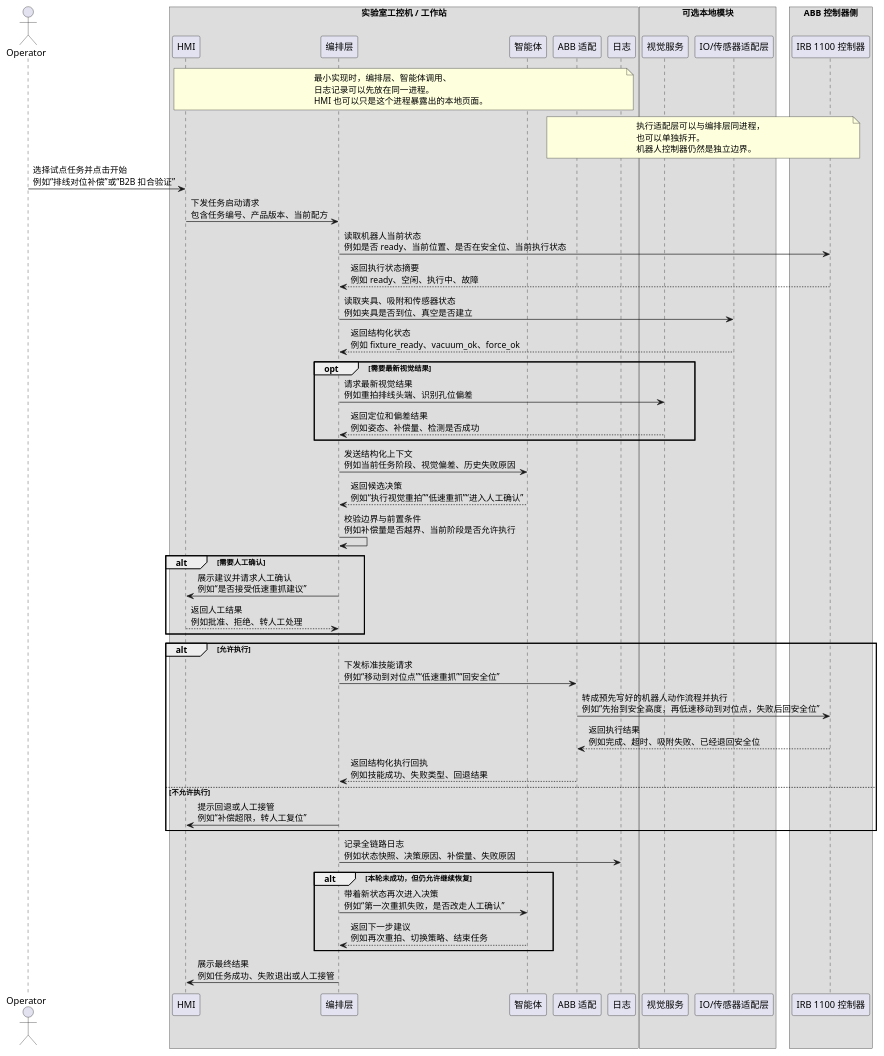
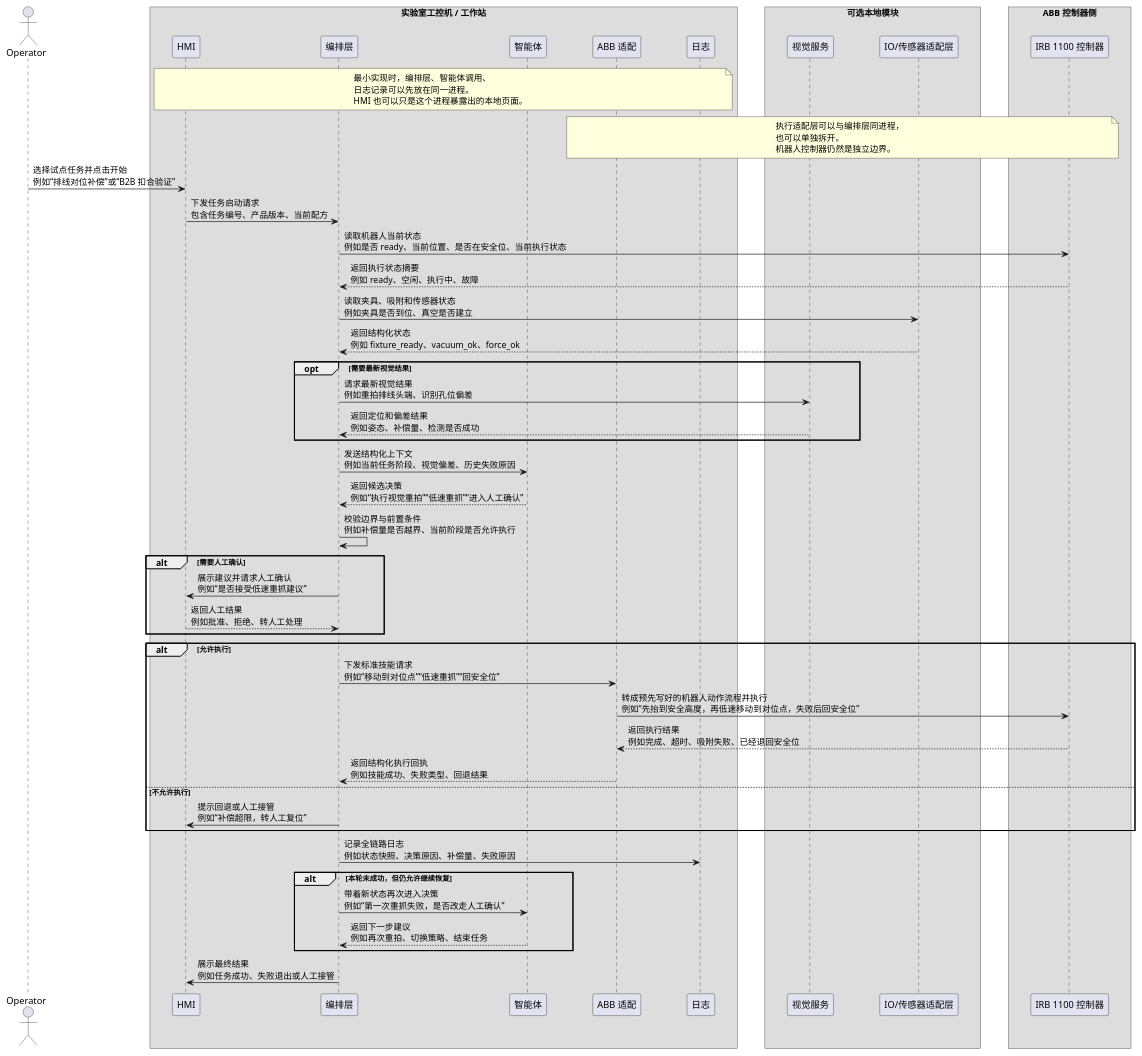
One commit to coolbeevip/coolbeevip.github.io changed the diagram in content/posts/embodied-ai/abb-isaac-agent-flexible-manufacturing-ai-first/abb-isaac-agent-flexible-manufacturing-ai-first-05-first-pilot.md. Above: the diagram before and after it, drawn with PlantUML.

Commit message:
polishing

````diff
--- a/content/posts/embodied-ai/abb-isaac-agent-flexible-manufacturing-ai-first/abb-isaac-agent-flexible-manufacturing-ai-first-05-first-pilot.md
+++ b/content/posts/embodied-ai/abb-isaac-agent-flexible-manufacturing-ai-first/abb-isaac-agent-flexible-manufacturing-ai-first-05-first-pilot.md
@@ -274,75 +274,77 @@
 ```plantuml
 @startuml
+skinparam ParticipantPadding 30
+skinparam BoxPadding 20
 actor Operator as OP
 
 box "实验室工控机 / 工作站"
   participant "HMI" as HMI
   participant "编排层" as ORCH
   participant "智能体" as AGENT
   participant "ABB 适配" as ADAPTER
   participant "日志" as LOG
 end box
 
 box "可选本地模块"
   participant "视觉服务" as VISION
   participant "IO/传感器适配层" as IO
 end box
 
 box "ABB 控制器侧"
   participant "IRB 1100 控制器" as ROBOT
 end box
 
 note over HMI,LOG
 最小实现时，编排层、智能体调用、
 日志记录可以先放在同一进程。
 HMI 也可以只是这个进程暴露出的本地页面。
 end note
 
 note over ADAPTER,ROBOT
 执行适配层可以与编排层同进程，
 也可以单独拆开。
 机器人控制器仍然是独立边界。
 end note
 
 OP -> HMI: 选择试点任务并点击开始\n例如“排线对位补偿”或“B2B 扣合验证”
 HMI -> ORCH: 下发任务启动请求\n包含任务编号、产品版本、当前配方
 
 ORCH -> ROBOT: 读取机器人当前状态\n例如是否 ready、当前位置、是否在安全位、当前执行状态
 ROBOT --> ORCH: 返回执行状态摘要\n例如 ready、空闲、执行中、故障
 ORCH -> IO: 读取夹具、吸附和传感器状态\n例如夹具是否到位、真空是否建立
 IO --> ORCH: 返回结构化状态\n例如 fixture_ready、vacuum_ok、force_ok
 
 opt 需要最新视觉结果
   ORCH -> VISION: 请求最新视觉结果\n例如重拍排线头端、识别孔位偏差
   VISION --> ORCH: 返回定位和偏差结果\n例如姿态、补偿量、检测是否成功
 end
 
 ORCH -> AGENT: 发送结构化上下文\n例如当前任务阶段、视觉偏差、历史失败原因
 AGENT --> ORCH: 返回候选决策\n例如“执行视觉重拍”“低速重抓”“进入人工确认”
 
 ORCH -> ORCH: 校验边界与前置条件\n例如补偿量是否越界、当前阶段是否允许执行
 
 alt 需要人工确认
   ORCH -> HMI: 展示建议并请求人工确认\n例如“是否接受低速重抓建议”
   HMI --> ORCH: 返回人工结果\n例如批准、拒绝、转人工处理
 end
 
 alt 允许执行
   ORCH -> ADAPTER: 下发标准技能请求\n例如“移动到对位点”“低速重抓”“回安全位”
   ADAPTER -> ROBOT: 转成预先写好的机器人动作流程并执行\n例如“先抬到安全高度，再低速移动到对位点，失败后回安全位”
   ROBOT --> ADAPTER: 返回执行结果\n例如完成、超时、吸附失败、已经退回安全位
   ADAPTER --> ORCH: 返回结构化执行回执\n例如技能成功、失败类型、回退结果
 else 不允许执行
   ORCH -> HMI: 提示回退或人工接管\n例如“补偿超限，转人工复位”
 end
 
 ORCH -> LOG: 记录全链路日志\n例如状态快照、决策原因、补偿量、失败原因
 
 alt 本轮未成功，但仍允许继续恢复
   ORCH -> AGENT: 带着新状态再次进入决策\n例如“第一次重抓失败，是否改走人工确认”
   AGENT --> ORCH: 返回下一步建议\n例如再次重拍、切换策略、结束任务
 end
 
 ORCH -> HMI: 展示最终结果\n例如任务成功、失败退出或人工接管
 @enduml
 ```
````
